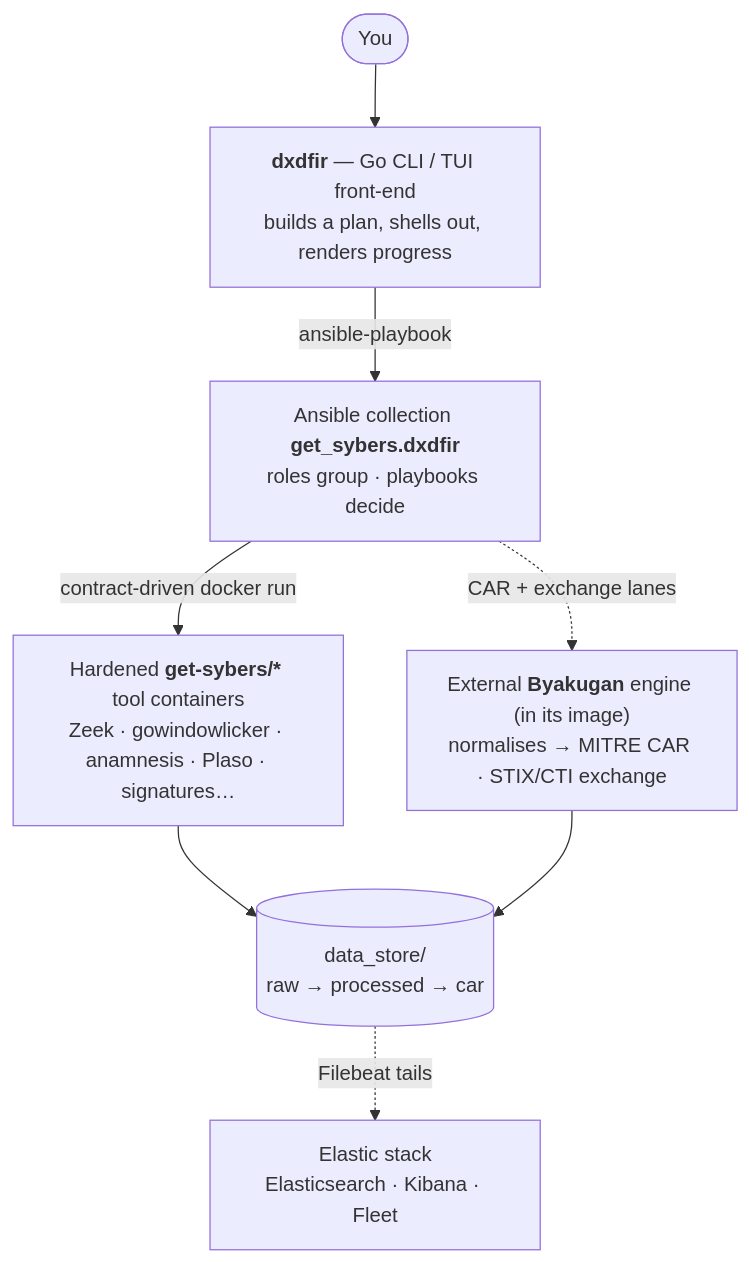
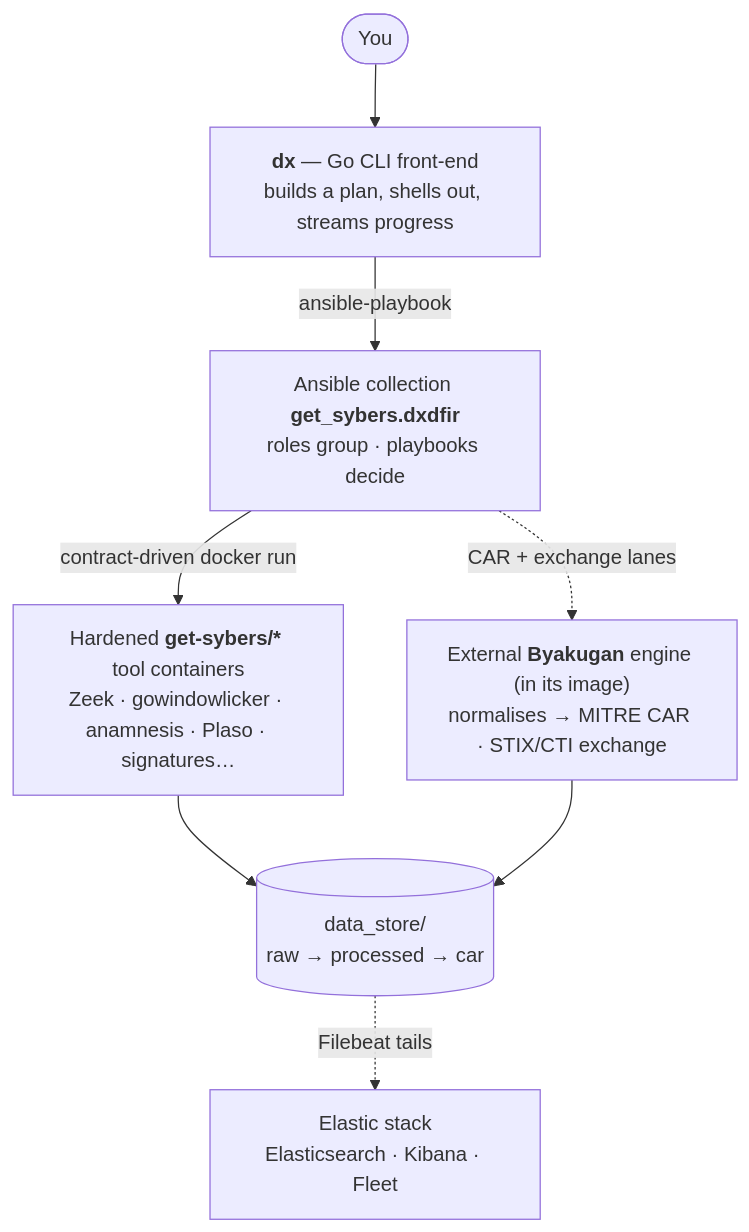
Before and after one commit to Get-Sybers/DX_DFIR: the diagram in docs/architecture/README.md, drawn with Mermaid. The commit also changed other lines of this file and 81 other files, not shown here.

First line of the commit message:
Redesign the CLI around a `dx <verb> <noun>` grammar; remove the TUI

````diff
--- a/docs/architecture/README.md
+++ b/docs/architecture/README.md
@@ -10,10 +10,10 @@
 ```mermaid
 flowchart TD
-    U([You]) --> CLI["<b>dxdfir</b> — Go CLI / TUI front-end<br/>builds a plan, shells out, renders progress"]
+    U([You]) --> CLI["<b>dx</b> — Go CLI front-end<br/>builds a plan, shells out, streams progress"]
     CLI -->|ansible-playbook| ANS["Ansible collection <b>get_sybers.dxdfir</b><br/>roles group · playbooks decide"]
     ANS -->|contract-driven docker run| DK["Hardened <b>get-sybers/*</b> tool containers<br/>Zeek · gowindowlicker · anamnesis · Plaso · signatures…"]
     ANS -.->|CAR + exchange lanes| BYA["External <b>Byakugan</b> engine (in its image)<br/>normalises → MITRE CAR · STIX/CTI exchange"]
     DK --> FS[("data_store/<br/>raw → processed → car")]
     BYA --> FS
     FS -.->|Filebeat tails| ES["Elastic stack<br/>Elasticsearch · Kibana · Fleet"]
 ```
````
